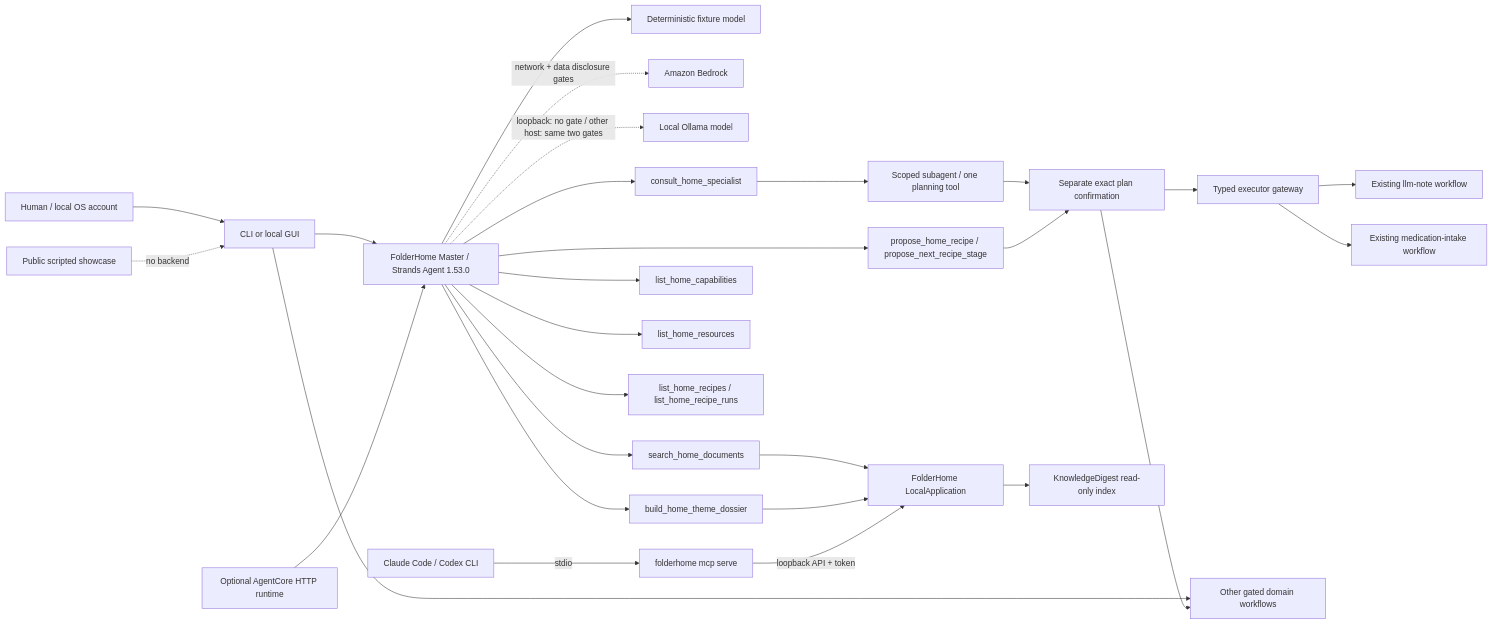
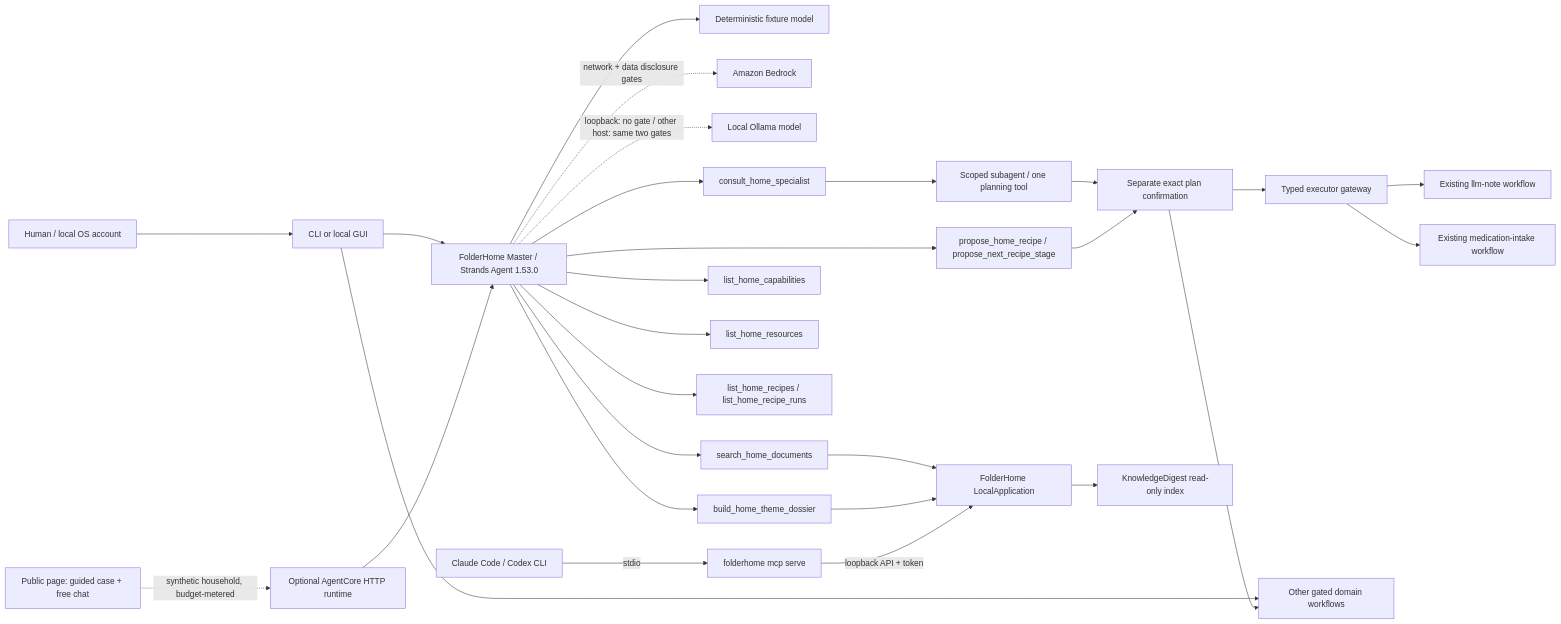
Before and after one commit to ellmos-ai/FolderHome: the diagram in README.md, drawn with Mermaid. The commit also changed 4 other files, not shown here.

First line of the commit message:
feat(site): fifth slide 'System map' from the README diagram; public page edge points at the hosted runtime

````diff
--- a/README.md
+++ b/README.md
@@ -103,30 +103,30 @@
 ```mermaid
 flowchart LR
   H[Human / local OS account] --> UI[CLI or local GUI]
   UI --> A[FolderHome Master / Strands Agent 1.53.0]
-  PUB[Public scripted showcase] -. no backend .-> UI
+  PUB[Public page: guided case + free chat] -. synthetic household, budget-metered .-> AC
   AC[Optional AgentCore HTTP runtime] --> A
   A --> F[Deterministic fixture model]
   A -. network + data disclosure gates .-> B[Amazon Bedrock]
   A -. loopback: no gate / other host: same two gates .-> O[Local Ollama model]
   A --> S[search_home_documents]
   A --> D[build_home_theme_dossier]
   A --> C[list_home_capabilities]
   A --> Resources[list_home_resources]
   A --> Recipes[list_home_recipes / list_home_recipe_runs]
   A --> RecipePlan[propose_home_recipe / propose_next_recipe_stage]
   A --> X[consult_home_specialist]
   X --> P[Scoped subagent / one planning tool]
   P --> Review[Separate exact plan confirmation]
   RecipePlan --> Review
   Review --> E[Typed executor gateway]
   E --> N[Existing llm-note workflow]
   E --> M[Existing medication-intake workflow]
   S --> L[FolderHome LocalApplication]
   D --> L
   L --> K[KnowledgeDigest read-only index]
   MCP[Claude Code / Codex CLI] -- stdio --> PX[folderhome mcp serve]
   PX -- loopback API + token --> L
   UI --> W[Other gated domain workflows]
   Review --> W
 ```
````
